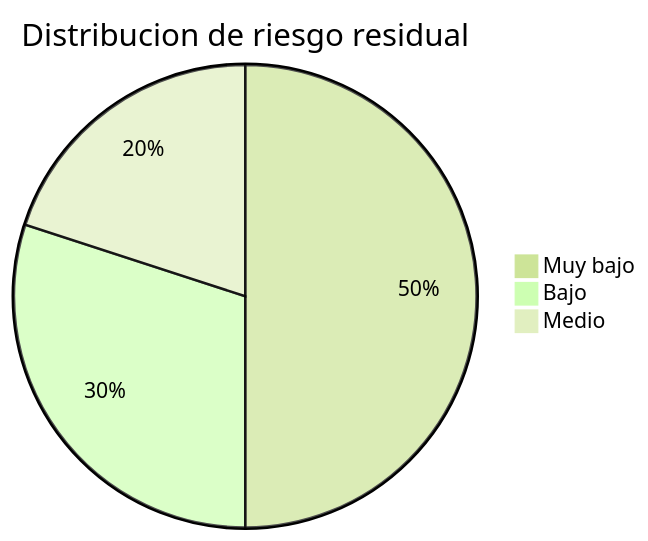
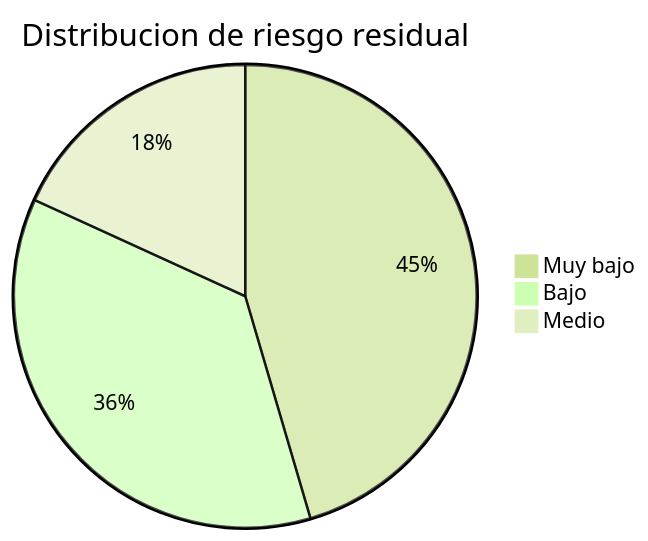
Diagram 12 of 12 in PROTOCOL.md (jorgej-ramos/AAVP), drawn with Mermaid (forest theme) before and after one commit. The commit also changed other lines of this file and 2 other files, not shown here.

````diff
--- a/PROTOCOL.md
+++ b/PROTOCOL.md
@@ -460,6 +507,6 @@
 ```mermaid
 pie title Distribucion de riesgo residual
     "Muy bajo" : 5
-    "Bajo" : 3
+    "Bajo" : 4
     "Medio" : 2
 ```
````
